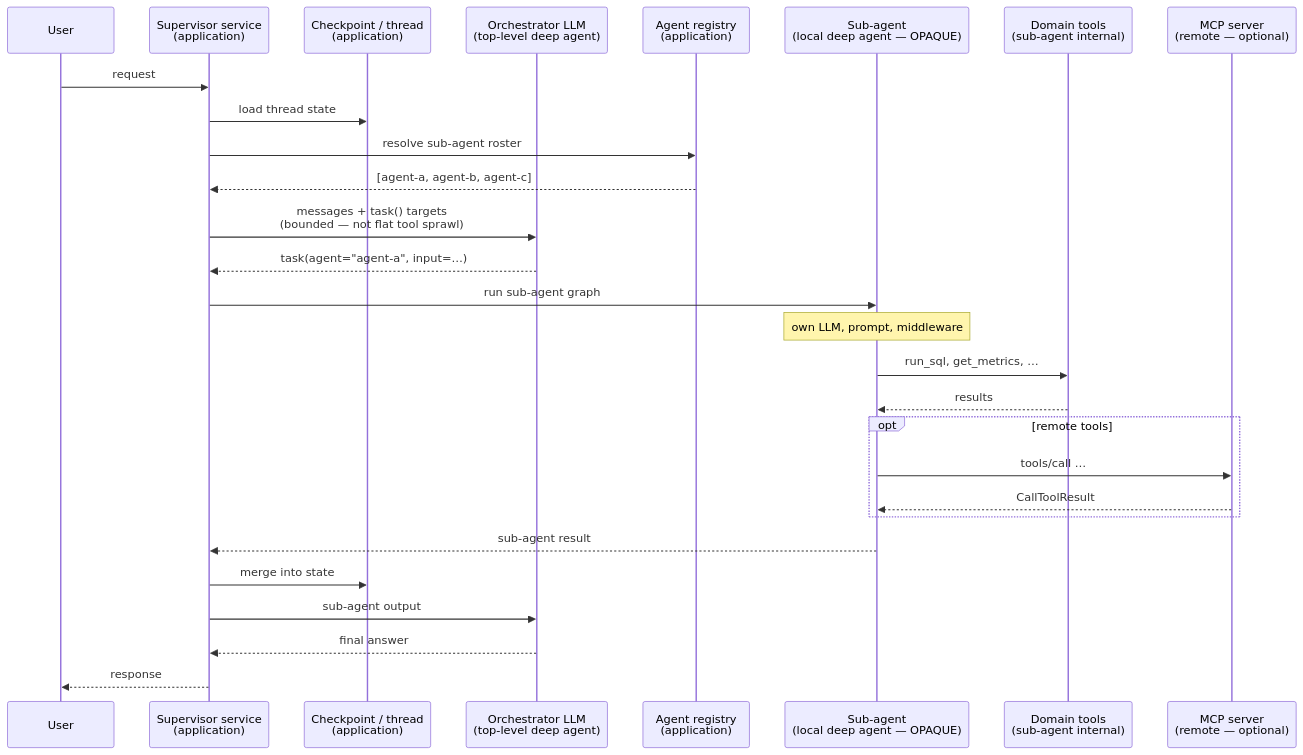
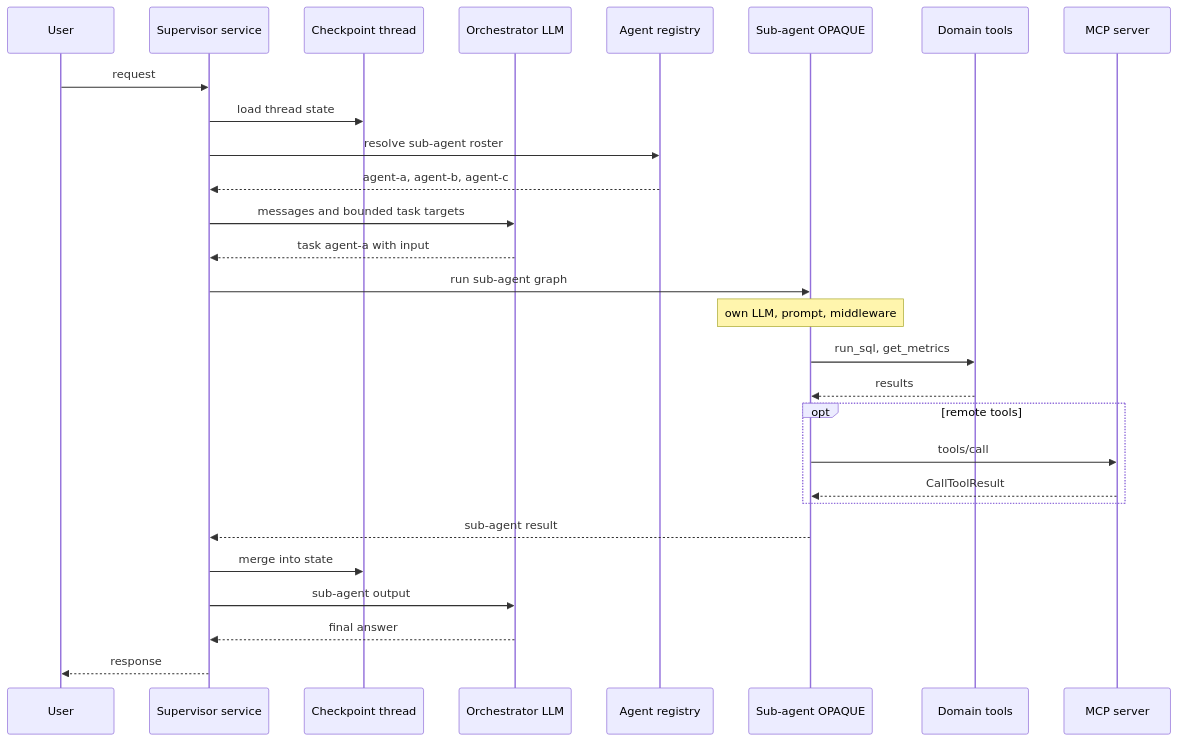
Before and after one commit to modelcontextprotocol/agents-wg: the first of 3 diagrams in docs/research/deep_agent_mcp_analysis.md, drawn with Mermaid. The commit also changed other lines of this file, not shown here.

Commit message:
Refactor sequence diagrams for clarity and consistency

````diff
--- a/docs/research/deep_agent_mcp_analysis.md
+++ b/docs/research/deep_agent_mcp_analysis.md
@@ -58,35 +58,35 @@
 ```mermaid
 sequenceDiagram
     participant User
-    participant App as Supervisor service<br/>(application)
-    participant CK as Checkpoint / thread<br/>(application)
-    participant Orch as Orchestrator LLM<br/>(top-level deep agent)
-    participant Reg as Agent registry<br/>(application)
-    participant Sub as Sub-agent<br/>(local deep agent — OPAQUE)
-    participant Dom as Domain tools<br/>(sub-agent internal)
-    participant MCP as MCP server<br/>(remote — optional)
+    participant App as Supervisor service
+    participant CK as Checkpoint thread
+    participant Orch as Orchestrator LLM
+    participant Reg as Agent registry
+    participant Sub as Sub-agent OPAQUE
+    participant Dom as Domain tools
+    participant MCP as MCP server
 
     User->>App: request
     App->>CK: load thread state
     App->>Reg: resolve sub-agent roster
-    Reg-->>App: [agent-a, agent-b, agent-c]
+    Reg-->>App: agent-a, agent-b, agent-c
 
-    App->>Orch: messages + task() targets<br/>(bounded — not flat tool sprawl)
-    Orch-->>App: task(agent="agent-a", input=…)
+    App->>Orch: messages and bounded task targets
+    Orch-->>App: task agent-a with input
 
     App->>Sub: run sub-agent graph
     Note over Sub: own LLM, prompt, middleware
-    Sub->>Dom: run_sql, get_metrics, …
+    Sub->>Dom: run_sql, get_metrics
     Dom-->>Sub: results
 
     opt remote tools
-        Sub->>MCP: tools/call …
+        Sub->>MCP: tools/call
         MCP-->>Sub: CallToolResult
     end
 
     Sub-->>App: sub-agent result
     App->>CK: merge into state
     App->>Orch: sub-agent output
     Orch-->>App: final answer
     App-->>User: response
 ```
````
